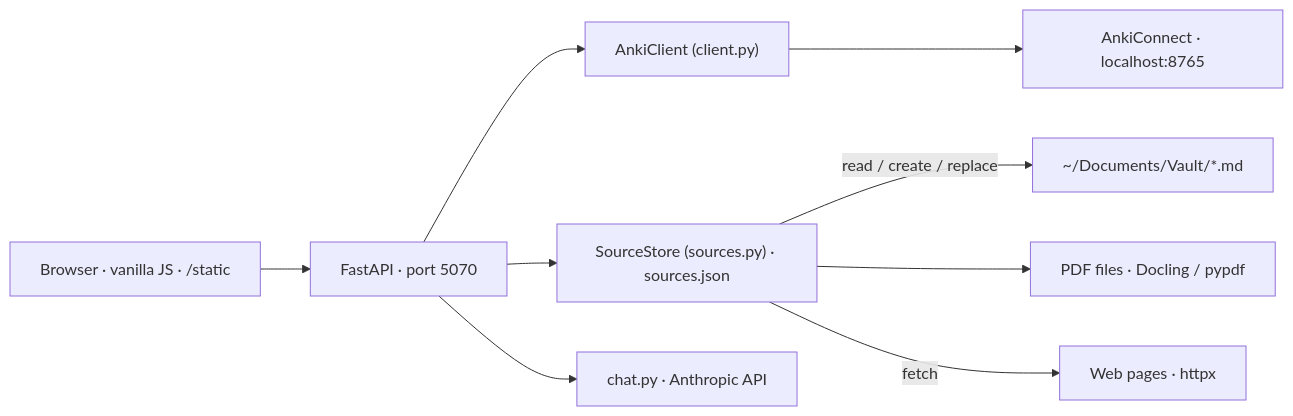
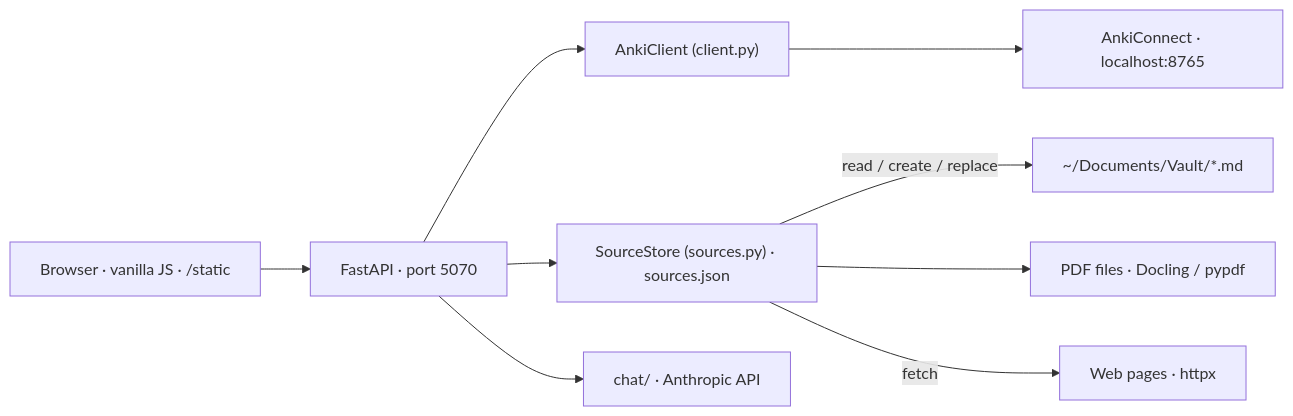
Before and after one commit to Vaillus/anki_assistant: the diagram in specs/00-overview.md, drawn with Mermaid. The commit also changed other lines of this file and 12 other files, not shown here.

````diff
--- a/specs/00-overview.md
+++ b/specs/00-overview.md
@@ -24,10 +24,10 @@
 ```mermaid
 graph LR
     UI["Browser · vanilla JS · /static"] --> API["FastAPI · port 5070"]
     API --> Client["AnkiClient (client.py)"] --> AC["AnkiConnect · localhost:8765"]
     API --> Sources["SourceStore (sources.py) · sources.json"]
     Sources -- read / create / replace --> Vault["~/Documents/Vault/*.md"]
     Sources --> PDF["PDF files · Docling / pypdf"]
     Sources -- fetch --> Web["Web pages · httpx"]
-    API --> Chat["chat.py · Anthropic API"]
+    API --> Chat["chat/ · Anthropic API"]
 ```
````
